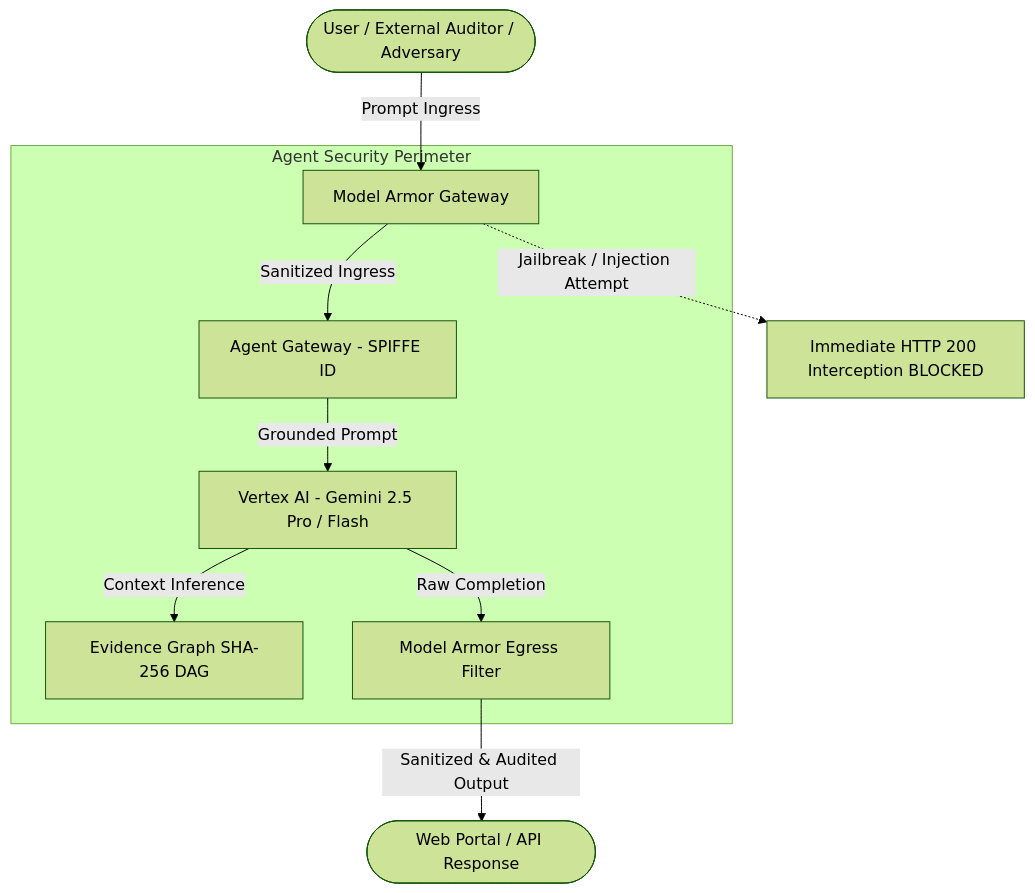
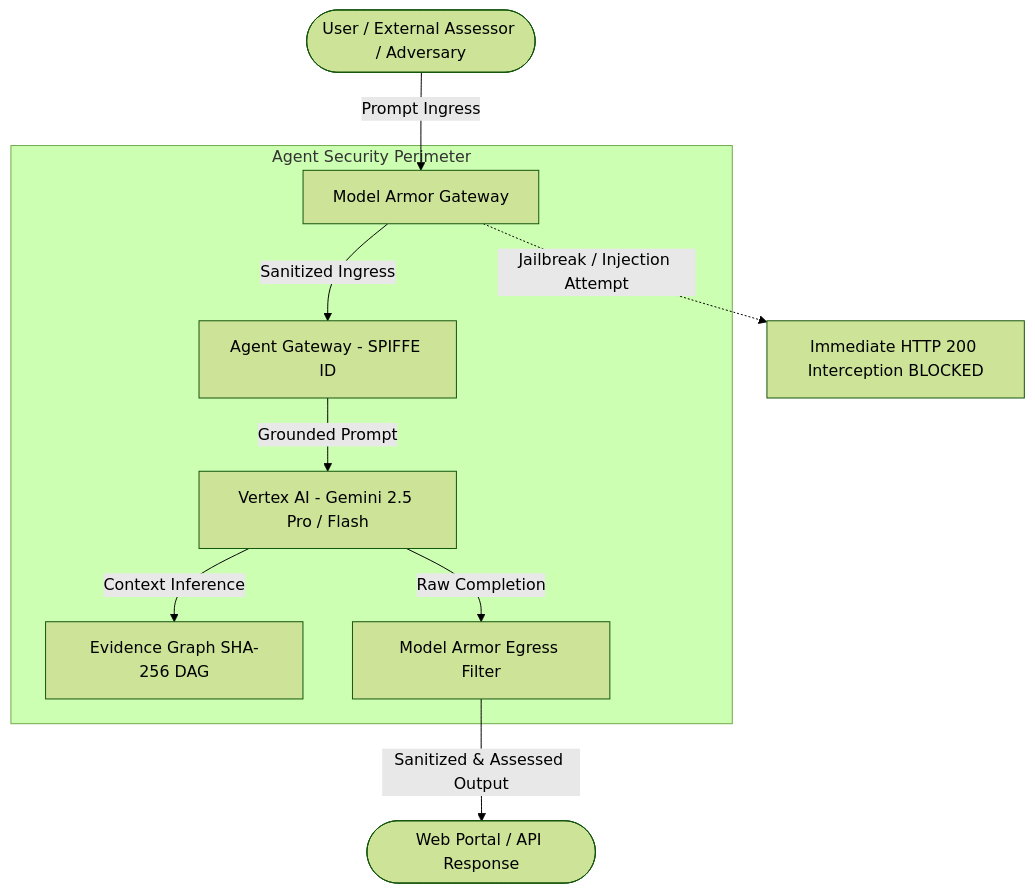
Before and after one commit to g-jsaccomani/agentic_grc_certifications: the diagram in documentation/guardrails/README.md, drawn with Mermaid (forest theme). The commit also changed other lines of this file and 7 other files, not shown here.

````diff
--- a/documentation/guardrails/README.md
+++ b/documentation/guardrails/README.md
@@ -18,12 +18,12 @@
 ```mermaid
 graph TD
-    User([User / External Auditor / Adversary]) -->|Prompt Ingress| MA[Model Armor Gateway]
+    User([User / External Assessor / Adversary]) -->|Prompt Ingress| MA[Model Armor Gateway]
     subgraph Iron Triangle [Agent Security Perimeter]
         MA -->|Sanitized Ingress| GW[Agent Gateway - SPIFFE ID]
         GW -->|Grounded Prompt| Vertex[Vertex AI - Gemini 2.5 Pro / Flash]
         Vertex -->|Context Inference| EG[Evidence Graph SHA-256 DAG]
         Vertex -->|Raw Completion| MA_Egress[Model Armor Egress Filter]
     end
-    MA_Egress -->|Sanitized & Audited Output| ClientUI([Web Portal / API Response])
+    MA_Egress -->|Sanitized & Assessed Output| ClientUI([Web Portal / API Response])
     MA -.->|Jailbreak / Injection Attempt| BlockAlert[Immediate HTTP 200 Interception BLOCKED]
 ```
````
